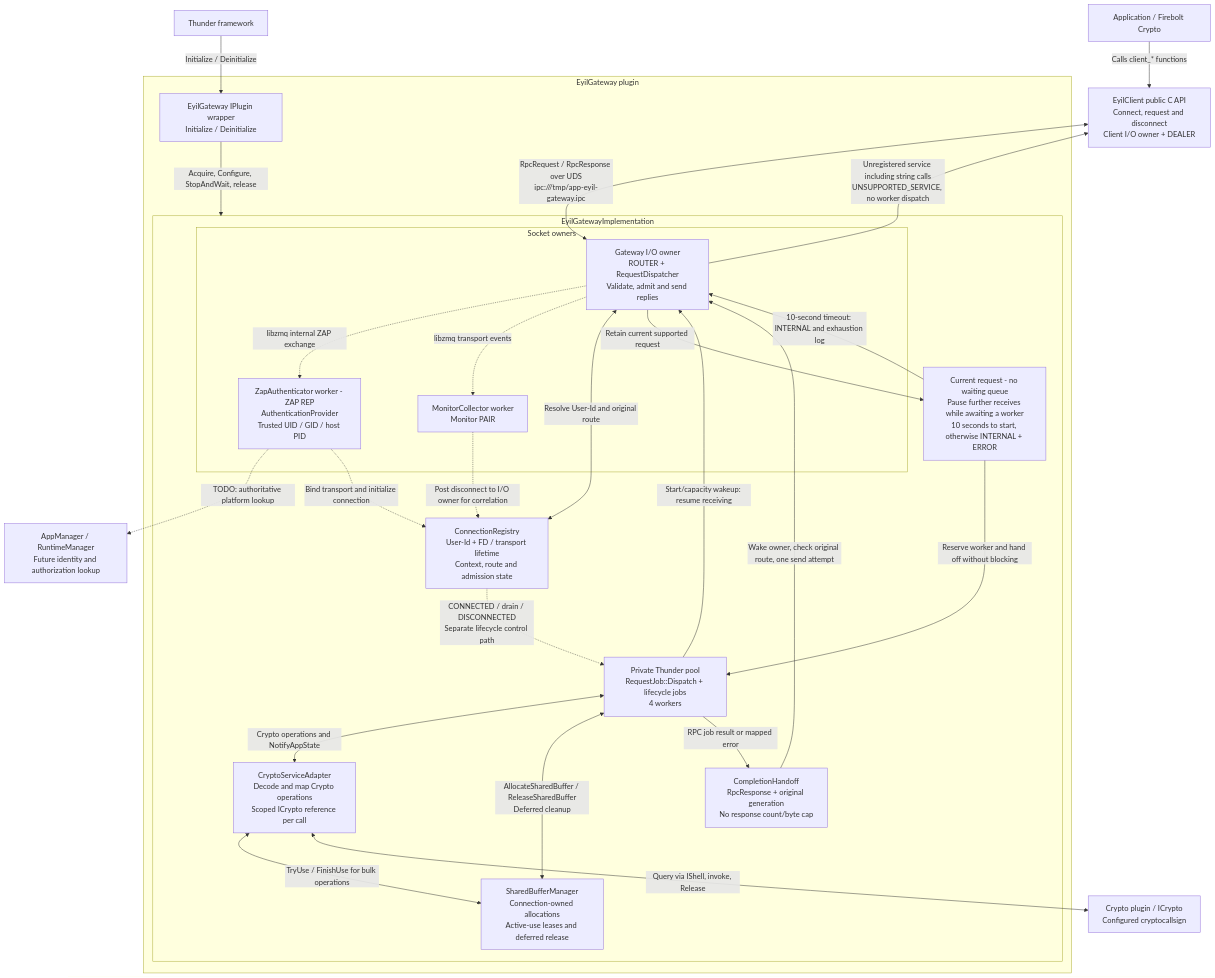
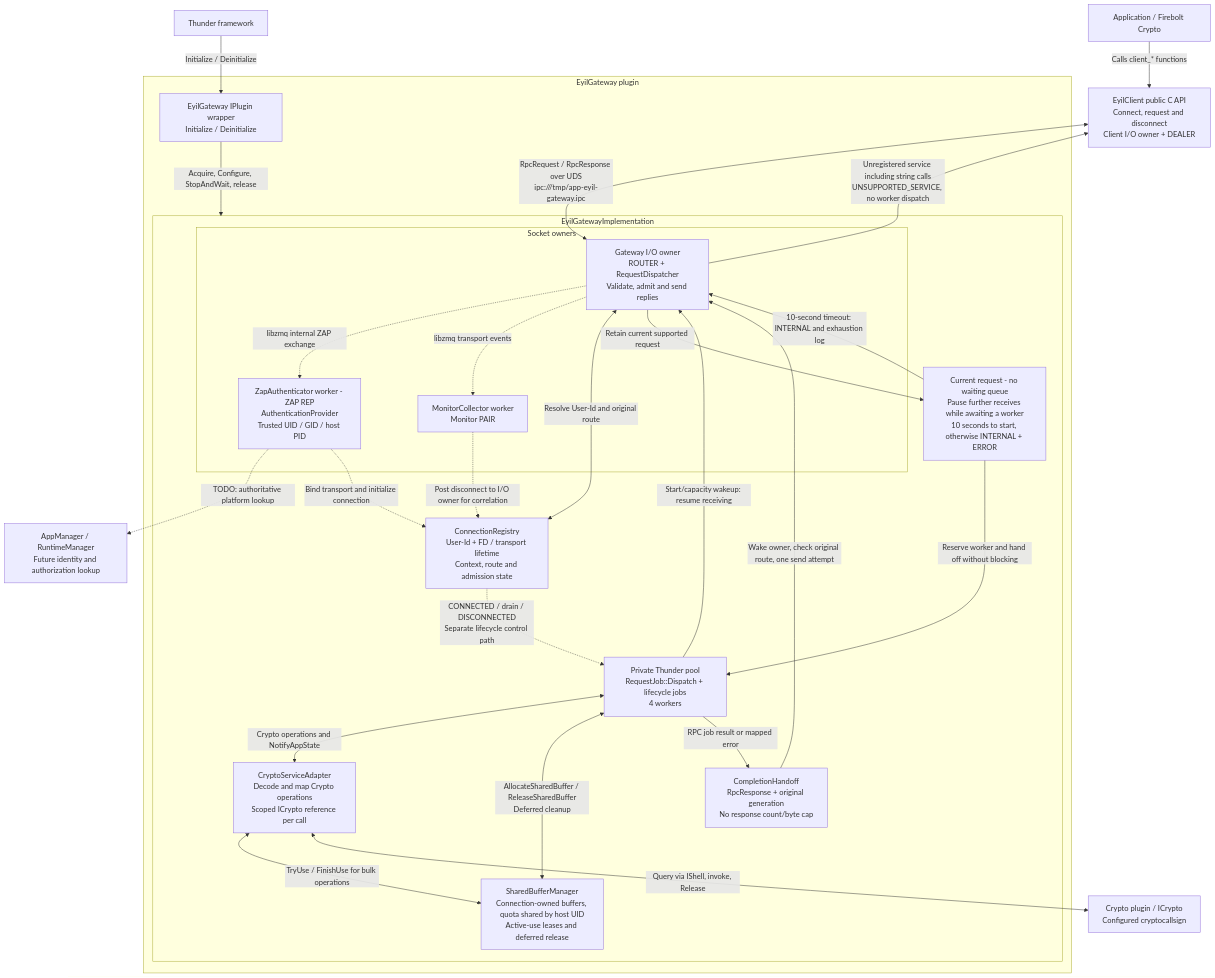
One commit to rdkcentral/eyil-secure-gateway changed the first of 19 diagrams in doc/EyilGateway.md. Above: the diagram before and after it, drawn with Mermaid. The commit also changed other lines of this file and 2 other files, not shown here.

````diff
--- a/doc/EyilGateway.md
+++ b/doc/EyilGateway.md
@@ -95,49 +94,49 @@
 ```mermaid
 flowchart TB
     APP["Application / Firebolt Crypto"]
     CLIENT["EyilClient public C API<br/>Connect, request and disconnect<br/>Client I/O owner + DEALER"]
     TH["Thunder framework"]
     subgraph GW["EyilGateway plugin"]
         WR["EyilGateway IPlugin wrapper<br/>Initialize / Deinitialize"]
         subgraph RT["EyilGatewayImplementation"]
             subgraph TRANSPORT["Socket owners"]
                 IO["Gateway I/O owner<br/>ROUTER + RequestDispatcher<br/>Validate, admit and send replies"]
                 ZAP["ZapAuthenticator worker - ZAP REP<br/>AuthenticationProvider<br/>Trusted UID / GID / host PID"]
                 MON["MonitorCollector worker<br/>Monitor PAIR"]
             end
             REG["ConnectionRegistry<br/>User-Id + FD / transport lifetime<br/>Context, route and admission state"]
             CURRENT["Current request - no waiting queue<br/>Pause further receives while awaiting a worker<br/>10 seconds to start, otherwise INTERNAL + ERROR"]
             POOL["Private Thunder pool<br/>RequestJob::Dispatch + lifecycle jobs<br/>4 workers"]
             AD["CryptoServiceAdapter<br/>Decode and map Crypto operations<br/>Scoped ICrypto reference per call"]
-            BUF["SharedBufferManager<br/>Connection-owned allocations<br/>Active-use leases and deferred release"]
+            BUF["SharedBufferManager<br/>Connection-owned buffers, quota shared by host UID<br/>Active-use leases and deferred release"]
             OUT["CompletionHandoff<br/>RpcResponse + original generation<br/>No response count/byte cap"]
         end
     end
     CRYPTO["Crypto plugin / ICrypto<br/>Configured cryptocallsign"]
     PLATFORM["AppManager / RuntimeManager<br/>Future identity and authorization lookup"]
 
     APP -- "Calls client_* functions" --> CLIENT
     CLIENT <-->|"RpcRequest / RpcResponse over UDS<br/>ipc:///tmp/app-eyil-gateway.ipc"| IO
     TH -- "Initialize / Deinitialize" --> WR
     WR -- "Acquire, Configure, StopAndWait, release" --> RT
 
     IO -. "libzmq internal ZAP exchange" .-> ZAP
     IO -. "libzmq transport events" .-> MON
     ZAP -. "TODO: authoritative platform lookup" .-> PLATFORM
     ZAP -. "Bind transport and initialize connection" .-> REG
     MON -. "Post disconnect to I/O owner for correlation" .-> REG
     REG -. "CONNECTED / drain / DISCONNECTED<br/>Separate lifecycle control path" .-> POOL
 
     IO <-->|"Resolve User-Id and original route"| REG
     IO -- "Unregistered service including string calls<br/>UNSUPPORTED_SERVICE, no worker dispatch" --> CLIENT
     IO -- "Retain current supported request" --> CURRENT
     CURRENT -- "Reserve worker and hand off without blocking" --> POOL
     POOL -- "Start/capacity wakeup: resume receiving" --> IO
     CURRENT -- "10-second timeout: INTERNAL and exhaustion log" --> IO
     POOL <-->|"Crypto operations and NotifyAppState"| AD
     POOL <-->|"AllocateSharedBuffer / ReleaseSharedBuffer<br/>Deferred cleanup"| BUF
     AD <-->|"TryUse / FinishUse for bulk operations"| BUF
     AD <-->|"Query via IShell, invoke, Release"| CRYPTO
     POOL -- "RPC job result or mapped error" --> OUT
     OUT -- "Wake owner, check original route, one send attempt" --> IO
 ```
````
